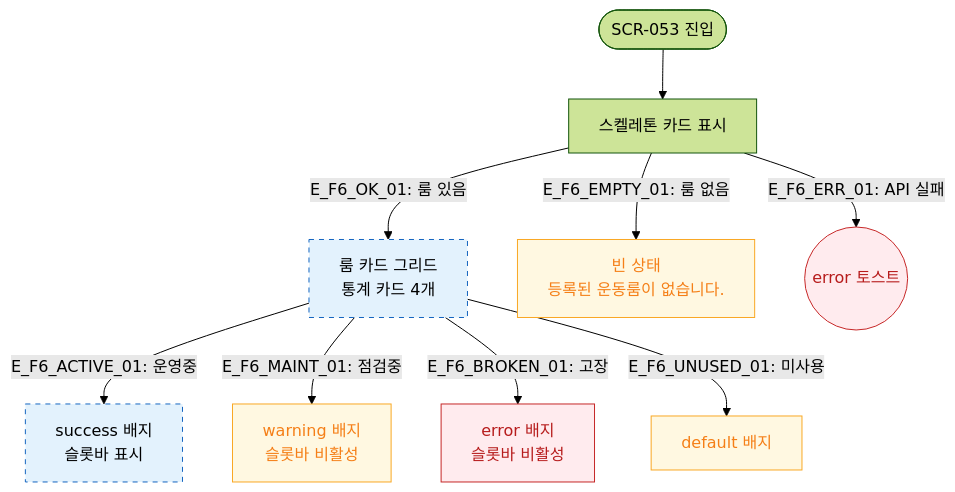
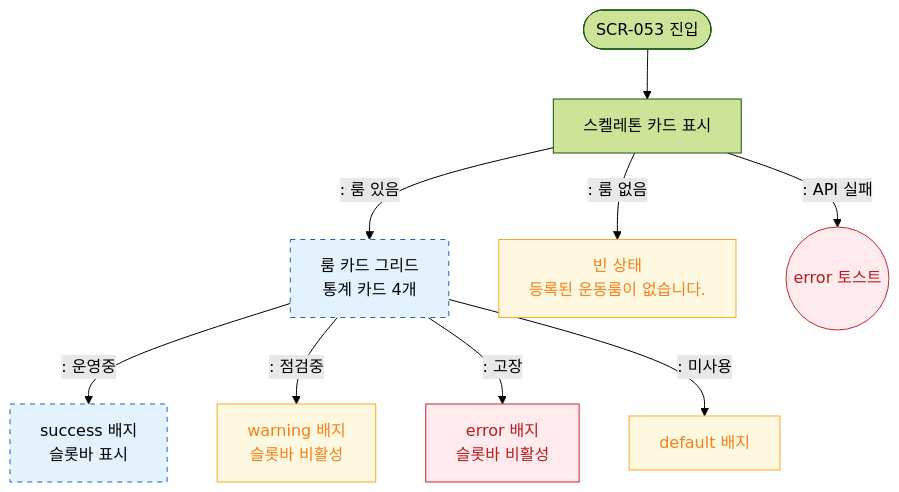
The diagram in docs/다이어그램/D06_시설관리/SCR-053_운동룸관리/F6_상태별.md (dev-spogym/admin-pando), drawn with Mermaid (forest theme) before and after one commit. The commit also changed other lines of this file and 1660 other files, not shown here.

First line of the commit message:
다이어그램: 기획자/클라이언트 납품본으로 정리

````diff
--- a/docs/다이어그램/D06_시설관리/SCR-053_운동룸관리/F6_상태별.md
+++ b/docs/다이어그램/D06_시설관리/SCR-053_운동룸관리/F6_상태별.md
@@ -16,19 +14,19 @@
 ```mermaid
 flowchart TD
     ENTER([SCR-053 진입]) --> Loading[스켈레톤 카드 표시]
-    Loading -->|"E_F6_OK_01: 룸 있음"| StateNormal[룸 카드 그리드\n통계 카드 4개]
-    Loading -->|"E_F6_EMPTY_01: 룸 없음"| StateEmpty[빈 상태\n등록된 운동룸이 없습니다.]
-    Loading -->|"E_F6_ERR_01: API 실패"| StateErr((error 토스트))
+    Loading -->|": 룸 있음"|StateNormal[룸 카드 그리드\n통계 카드 4개]
+    Loading -->|": 룸 없음"|StateEmpty[빈 상태\n등록된 운동룸이 없습니다.]
+    Loading -->|": API 실패"|StateErr((error 토스트))
 
-    StateNormal -->|"E_F6_ACTIVE_01: 운영중"| ActiveBadge[success 배지\n슬롯바 표시]
-    StateNormal -->|"E_F6_MAINT_01: 점검중"| MaintBadge[warning 배지\n슬롯바 비활성]
-    StateNormal -->|"E_F6_BROKEN_01: 고장"| BrokenBadge[error 배지\n슬롯바 비활성]
-    StateNormal -->|"E_F6_UNUSED_01: 미사용"| UnusedBadge[default 배지]
+    StateNormal -->|": 운영중"|ActiveBadge[success 배지\n슬롯바 표시]
+    StateNormal -->|": 점검중"|MaintBadge[warning 배지\n슬롯바 비활성]
+    StateNormal -->|": 고장"|BrokenBadge[error 배지\n슬롯바 비활성]
+    StateNormal -->|": 미사용"|UnusedBadge[default 배지]
 
     classDef screen fill:#E3F2FD,stroke:#1565C0,stroke-dasharray:5 5
     classDef warning fill:#FFF8E1,stroke:#F9A825,color:#F57F17
     classDef error fill:#FFEBEE,stroke:#C62828,color:#B71C1C
     class StateNormal,ActiveBadge screen
     class StateEmpty,MaintBadge,UnusedBadge warning
     class StateErr,BrokenBadge error
 ```
````
